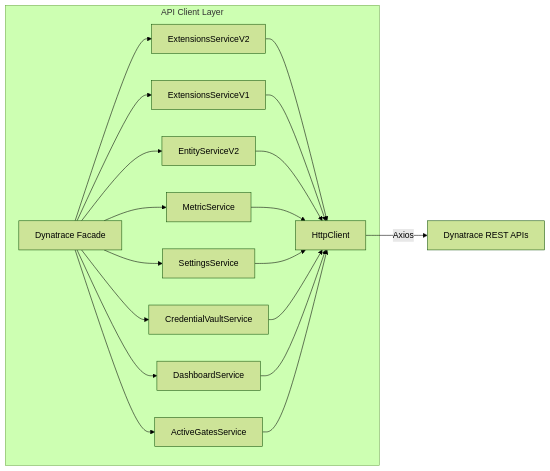
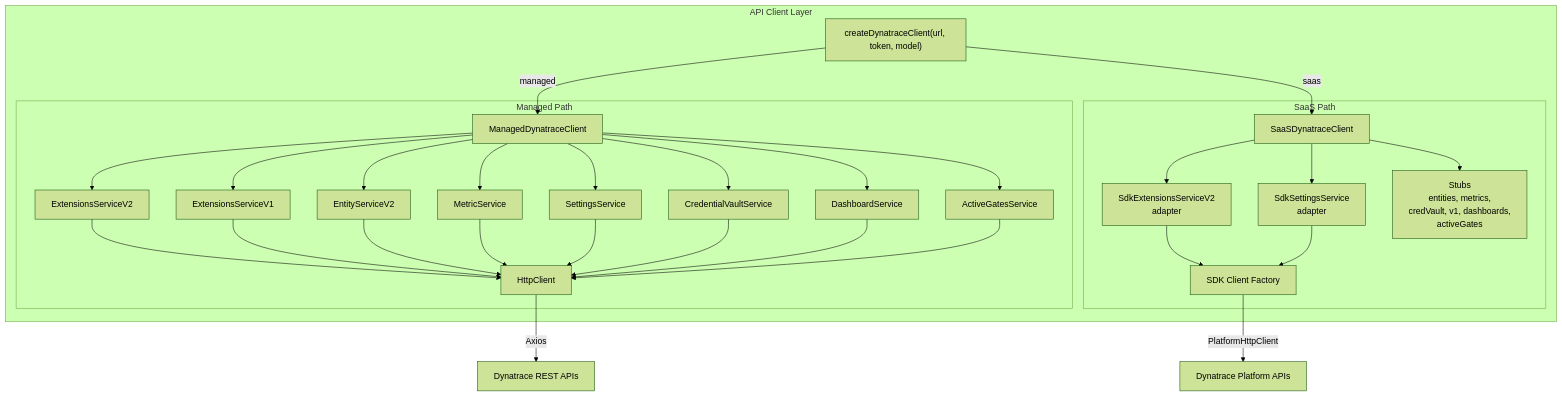
The second of 4 diagrams in ARCHITECTURE.md (dynatrace-extensions/dynatrace-extensions-vscode), drawn with Mermaid (forest theme) before and after one commit. The commit also changed other lines of this file and 4 other files, not shown here.

````diff
--- a/ARCHITECTURE.md
+++ b/ARCHITECTURE.md
@@ -237,16 +241,33 @@
 ```mermaid
-graph LR
+graph TB
     subgraph "API Client Layer"
-        DT[Dynatrace Facade] --> SVC1[ExtensionsServiceV2]
-        DT --> SVC2[ExtensionsServiceV1]
-        DT --> SVC3[EntityServiceV2]
-        DT --> SVC4[MetricService]
-        DT --> SVC5[SettingsService]
-        DT --> SVC6[CredentialVaultService]
-        DT --> SVC7[DashboardService]
-        DT --> SVC8[ActiveGatesService]
-        SVC1 & SVC2 & SVC3 & SVC4 & SVC5 & SVC6 & SVC7 & SVC8 --> HC[HttpClient]
+        FACTORY["createDynatraceClient(url, token, model)"]
+
+        subgraph "Managed Path"
+            MC[ManagedDynatraceClient]
+            MC --> SVC1[ExtensionsServiceV2]
+            MC --> SVC2[ExtensionsServiceV1]
+            MC --> SVC3[EntityServiceV2]
+            MC --> SVC4[MetricService]
+            MC --> SVC5[SettingsService]
+            MC --> SVC6[CredentialVaultService]
+            MC --> SVC7[DashboardService]
+            MC --> SVC8[ActiveGatesService]
+            SVC1 & SVC2 & SVC3 & SVC4 & SVC5 & SVC6 & SVC7 & SVC8 --> HC[HttpClient]
+        end
+
+        subgraph "SaaS Path"
+            SC[SaaSDynatraceClient]
+            SC --> AEXT[SdkExtensionsServiceV2<br/>adapter]
+            SC --> ASET[SdkSettingsService<br/>adapter]
+            SC --> STUB[Stubs<br/>entities, metrics,<br/>credVault, v1, dashboards,<br/>activeGates]
+            AEXT & ASET --> SDKF[SDK Client Factory]
+        end
+
+        FACTORY -->|"managed"| MC
+        FACTORY -->|"saas"| SC
     end
 
-    HC -->|Axios| API[Dynatrace REST APIs]
+    HC -->|Axios| REST[Dynatrace REST APIs]
+    SDKF -->|PlatformHttpClient| SDKAPI[Dynatrace Platform APIs]
 ```
````
